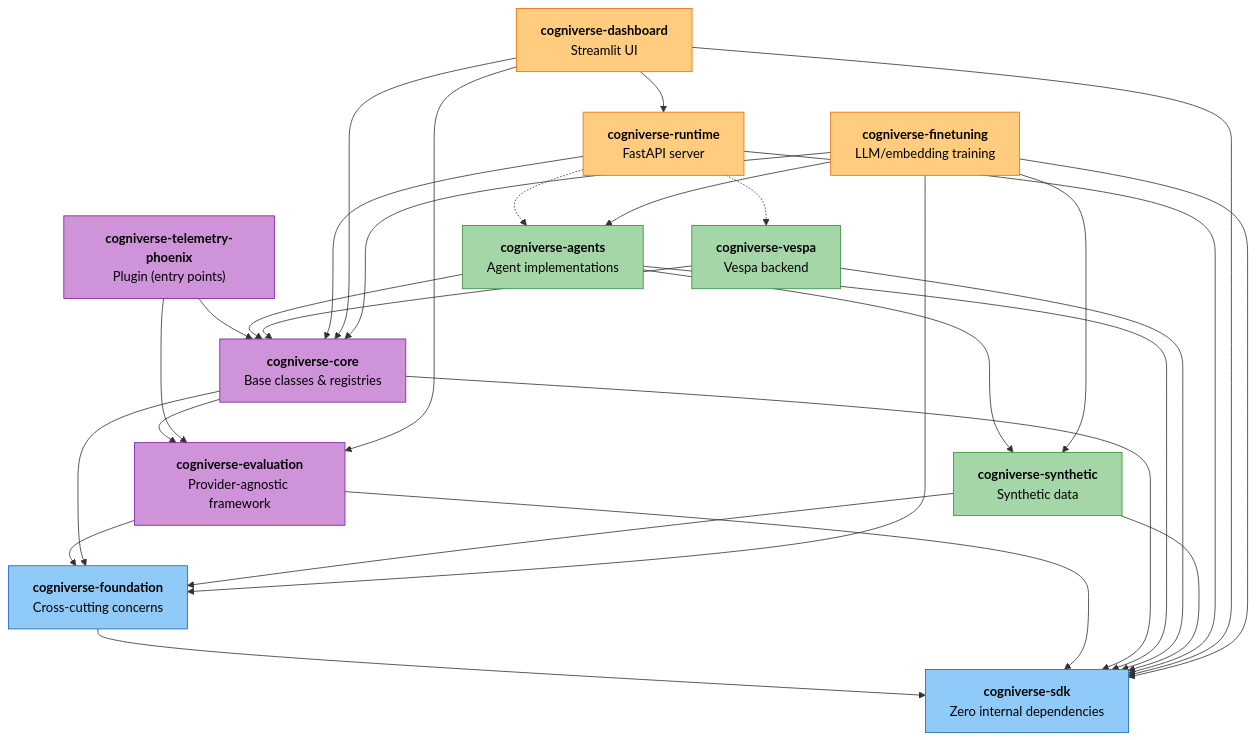
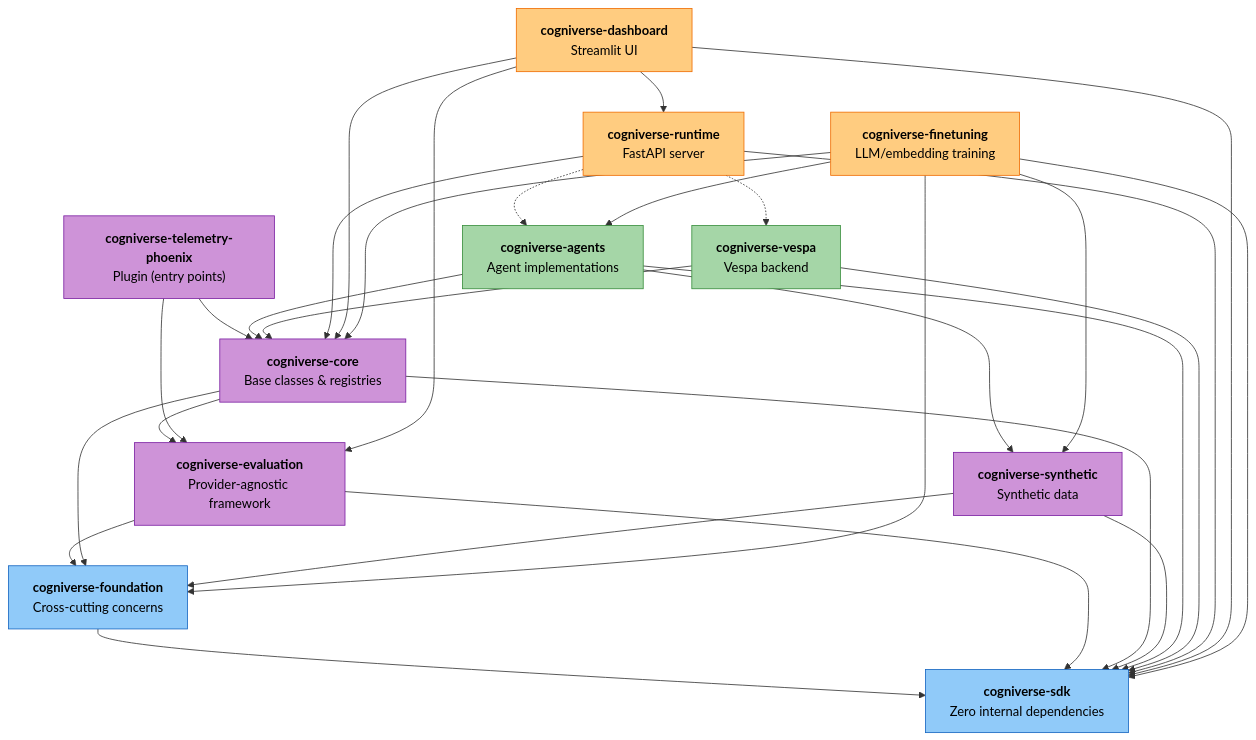
One commit to amit-jain/cogniverse changed the diagram in docs/architecture/sdk-architecture.md. Above: the diagram before and after it, drawn with Mermaid. The commit also changed other lines of this file and 50 other files, not shown here.

````diff
--- a/docs/architecture/sdk-architecture.md
+++ b/docs/architecture/sdk-architecture.md
@@ -563,68 +626,70 @@
 ```mermaid
 flowchart TD
     %% Foundation Layer
     sdk["<span style='color:#000'><b>cogniverse-sdk</b><br/>Zero internal dependencies</span>"]
     foundation["<span style='color:#000'><b>cogniverse-foundation</b><br/>Cross-cutting concerns</span>"]
 
     %% Core Layer
     evaluation["<span style='color:#000'><b>cogniverse-evaluation</b><br/>Provider-agnostic framework</span>"]
     core["<span style='color:#000'><b>cogniverse-core</b><br/>Base classes & registries</span>"]
     phoenix["<span style='color:#000'><b>cogniverse-telemetry-phoenix</b><br/>Plugin (entry points)</span>"]
 
+    %% Core Layer (continued)
+    synthetic["<span style='color:#000'><b>cogniverse-synthetic</b><br/>Synthetic data</span>"]
+
     %% Implementation Layer
     agents["<span style='color:#000'><b>cogniverse-agents</b><br/>Agent implementations</span>"]
     vespa["<span style='color:#000'><b>cogniverse-vespa</b><br/>Vespa backend</span>"]
-    synthetic["<span style='color:#000'><b>cogniverse-synthetic</b><br/>Synthetic data</span>"]
 
     %% Application Layer
     runtime["<span style='color:#000'><b>cogniverse-runtime</b><br/>FastAPI server</span>"]
     dashboard["<span style='color:#000'><b>cogniverse-dashboard</b><br/>Streamlit UI</span>"]
     finetuning["<span style='color:#000'><b>cogniverse-finetuning</b><br/>LLM/embedding training</span>"]
 
     %% Foundation Layer dependencies (foundation depends on sdk)
     foundation --> sdk
 
     %% Core Layer dependencies
     evaluation --> foundation
     evaluation --> sdk
     core --> sdk
     core --> foundation
     core --> evaluation
     phoenix --> core
     phoenix --> evaluation
+    synthetic --> sdk
+    synthetic --> foundation
 
     %% Implementation Layer dependencies
     agents --> sdk
     agents --> core
     agents --> synthetic
     vespa --> sdk
     vespa --> core
-    synthetic --> sdk
-    synthetic --> foundation
 
     %% Application Layer dependencies
     runtime --> sdk
     runtime --> core
     runtime -.-> vespa
     runtime -.-> agents
     dashboard --> sdk
     dashboard --> core
     dashboard --> evaluation
     dashboard --> runtime
     finetuning --> sdk
     finetuning --> core
     finetuning --> foundation
     finetuning --> agents
     finetuning --> synthetic
 
     %% Styling
     classDef foundationStyle fill:#90caf9,stroke:#1565c0,color:#000
     classDef coreStyle fill:#ce93d8,stroke:#7b1fa2,color:#000
     classDef implStyle fill:#a5d6a7,stroke:#388e3c,color:#000
     classDef appStyle fill:#ffcc80,stroke:#ef6c00,color:#000
 
     class sdk,foundation foundationStyle
-    class evaluation,core,phoenix coreStyle
-    class agents,vespa,synthetic implStyle
+    class evaluation,core,phoenix,synthetic coreStyle
+    class agents,vespa implStyle
     class runtime,dashboard,finetuning appStyle
 ```
````
